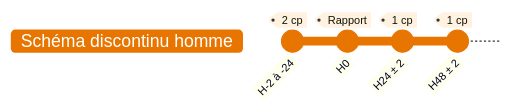
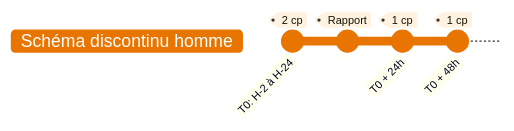
The third of 3 diagrams in content/recommandations/prophylaxie-preexposition-prep.md (djibe/recommandations-medicales), drawn with Mermaid before and after one commit. The commit also changed other lines of this file and 1 other file, not shown here.

```diff
--- a/content/recommandations/prophylaxie-preexposition-prep.md
+++ b/content/recommandations/prophylaxie-preexposition-prep.md
@@ -296,8 +294,8 @@
-{{< mermaid title="Utilisation de la PrEP en schéma discontinu (hors AMM, hors VHB actif). Dr JB Fron d'après HAS 2021" >}}
+{{< mermaid title="Utilisation de la PrEP en schéma discontinu (hors AMM et hors VHB actif). Dr JB Fron d'après HAS 2021" >}}
 %%{init: { 'gitGraph': { 'mainBranchName': 'Schéma discontinu homme' }, 'themeVariables': { 'git0' : '#e87500', 'tagLabelBackground': '#FFF2E1', 'tagLabelBorder': '#fff' }}}%%
 gitGraph
-  commit id: "H-2 à -24" tag: "2 cp"
-  commit id: "H0" tag: "Rapport"
-  commit id: "H24 ± 2" tag: "1 cp"
-  commit id: "H48 ± 2" tag: "1 cp"
+  commit id: "T0: H-2 à H-24" tag: "2 cp"
+  commit id: " " tag: "Rapport"
+  commit id: "T0 + 24h" tag: "1 cp"
+  commit id: "T0 + 48h" tag: "1 cp"
 {{< /mermaid >}}
```
